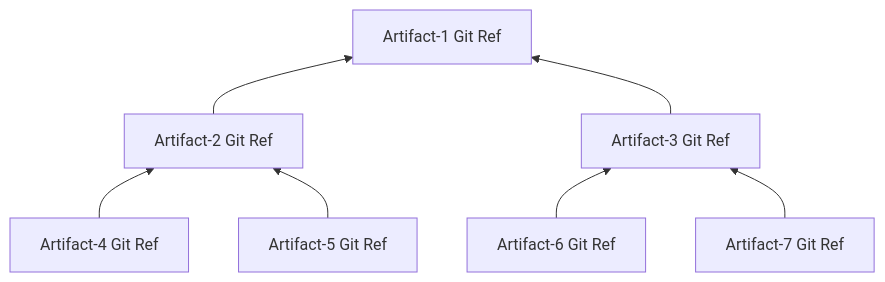
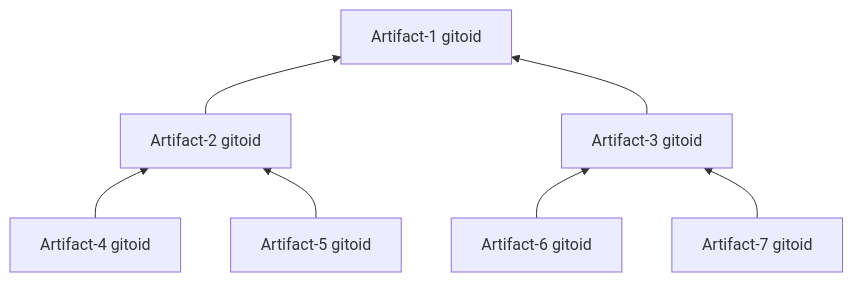
The second of 3 diagrams in content/glossary/gitbom.md (omnibor/site), drawn with Mermaid before and after one commit. The commit also changed other lines of this file and 10 other files, not shown here.

````diff
--- a/content/glossary/gitbom.md
+++ b/content/glossary/gitbom.md
@@ -20,9 +20,9 @@
 ```mermaid
 flowchart BT
-    Artifact-2[Artifact-2 Git Ref] --> Artifact-1[Artifact-1 Git Ref]
-    Artifact-3[Artifact-3 Git Ref] --> Artifact-1[Artifact-1 Git Ref]
-    Artifact-4[Artifact-4 Git Ref] --> Artifact-2[Artifact-2 Git Ref]
-    Artifact-5[Artifact-5 Git Ref] --> Artifact-2[Artifact-2 Git Ref]
-    Artifact-6[Artifact-6 Git Ref] --> Artifact-3[Artifact-3 Git Ref]
-    Artifact-7[Artifact-7 Git Ref] --> Artifact-3[Artifact-3 Git Ref]
+    Artifact-2[Artifact-2 gitoid] --> Artifact-1[Artifact-1 gitoid]
+    Artifact-3[Artifact-3 gitoid] --> Artifact-1[Artifact-1 gitoid]
+    Artifact-4[Artifact-4 gitoid] --> Artifact-2[Artifact-2 gitoid]
+    Artifact-5[Artifact-5 gitoid] --> Artifact-2[Artifact-2 gitoid]
+    Artifact-6[Artifact-6 gitoid] --> Artifact-3[Artifact-3 gitoid]
+    Artifact-7[Artifact-7 gitoid] --> Artifact-3[Artifact-3 gitoid]
 ```
````
